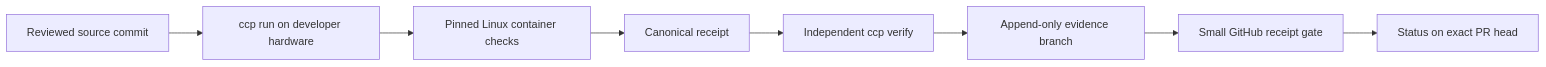
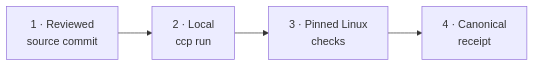
Before and after one commit to MarcoPorcellato/commit-ci-preflight: the first of 2 diagrams in README.md, drawn with Mermaid. The commit also changed other lines of this file, not shown here.

Commit message:
docs: make the workflow diagram readable

````diff
--- a/README.md
+++ b/README.md
@@ -39,10 +41,6 @@
 ```mermaid
 flowchart LR
-    A["Reviewed source commit"] --> B["ccp run on developer hardware"]
-    B --> C["Pinned Linux container checks"]
-    C --> D["Canonical receipt"]
-    D --> E["Independent ccp verify"]
-    E --> F["Append-only evidence branch"]
-    F --> G["Small GitHub receipt gate"]
-    G --> H["Status on exact PR head"]
+    A["1 · Reviewed<br/>source commit"] --> B["2 · Local<br/>ccp run"]
+    B --> C["3 · Pinned Linux<br/>checks"]
+    C --> D["4 · Canonical<br/>receipt"]
 ```
````
